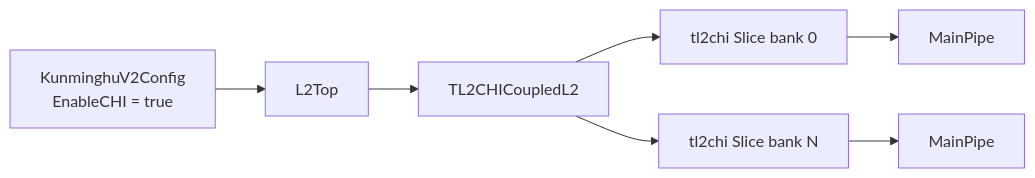
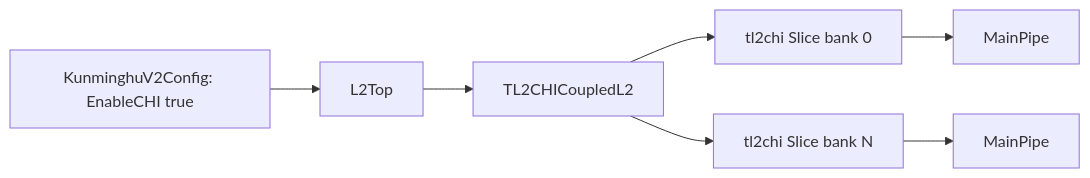
One commit to OpenXiangShan/XiangShanLab changed the first of 2 diagrams in xiangshan-course/docs-en/4-xiangshan-microarchitecture-analysis/3-xiangshan-source-code-analysis/cache/Cache-MainPipe.md. Above: the diagram before and after it, drawn with Mermaid. The commit also changed other lines of this file and 176 other files, not shown here.

````diff
--- a/xiangshan-course/docs-en/4-xiangshan-microarchitecture-analysis/3-xiangshan-source-code-analysis/cache/Cache-MainPipe.md
+++ b/xiangshan-course/docs-en/4-xiangshan-microarchitecture-analysis/3-xiangshan-source-code-analysis/cache/Cache-MainPipe.md
@@ -38,9 +514,9 @@
-~~~mermaid
+```mermaid
 flowchart LR
-  CFG[KunminghuV2Config<br/>EnableCHI = true] --> L2TOP[L2Top]
+  CFG[KunminghuV2Config: EnableCHI true] --> L2TOP[L2Top]
   L2TOP --> L2CHI[TL2CHICoupledL2]
   L2CHI --> S0[tl2chi Slice bank 0]
   L2CHI --> SN[tl2chi Slice bank N]
   S0 --> MP0[MainPipe]
   SN --> MPN[MainPipe]
-~~~
+```
````
